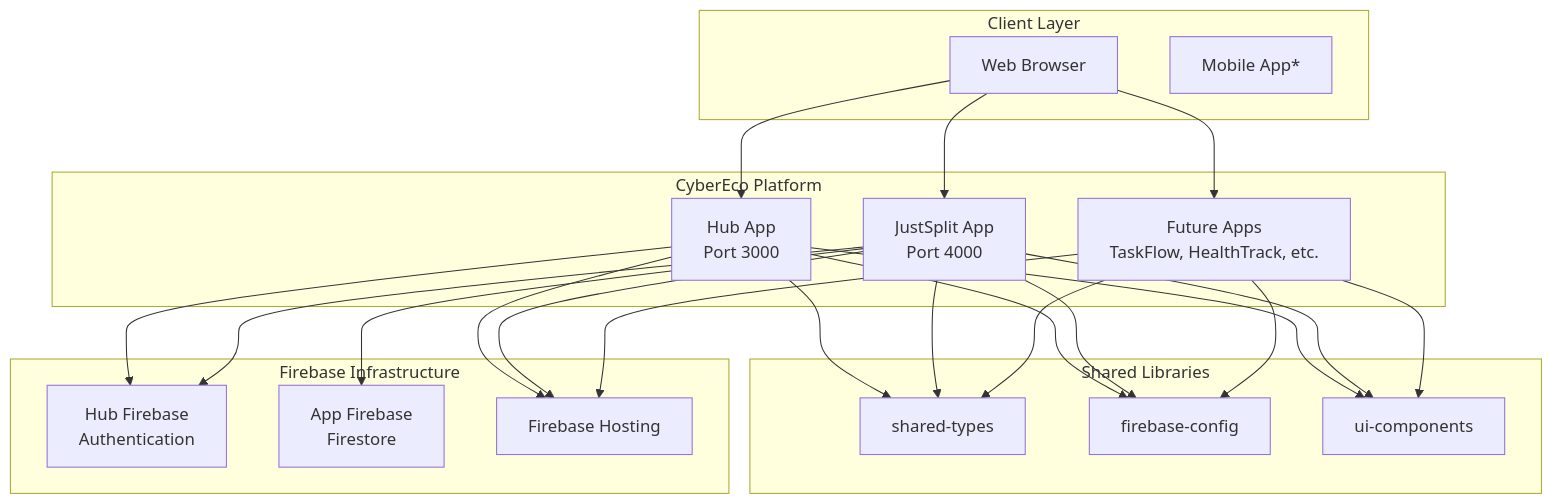
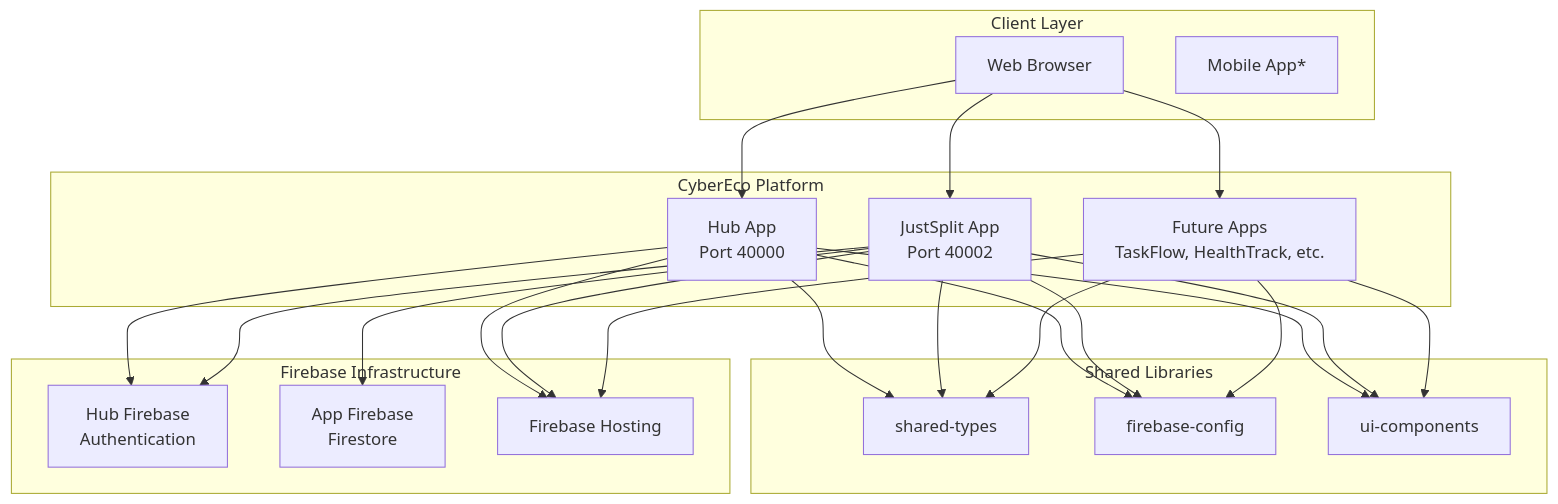
Before and after one commit to cyber-eco/cybereco-monorepo: the first of 3 diagrams in docs/architecture/overview.md, drawn with Mermaid. The commit also changed 151 other files, not shown here.

````diff
--- a/docs/architecture/overview.md
+++ b/docs/architecture/overview.md
@@ -40,49 +40,49 @@
 ```mermaid
 graph TB
     subgraph "Client Layer"
         Web[Web Browser]
         Mobile[Mobile App*]
     end
     
     subgraph "CyberEco Platform"
-        Hub[Hub App<br/>Port 3000]
-        JustSplit[JustSplit App<br/>Port 4000]
+        Hub[Hub App<br/>Port 40000]
+        JustSplit[JustSplit App<br/>Port 40002]
         Future[Future Apps<br/>TaskFlow, HealthTrack, etc.]
     end
     
     subgraph "Shared Libraries"
         Types[shared-types]
         Firebase[firebase-config]
         UI[ui-components]
     end
     
     subgraph "Firebase Infrastructure"
         HubAuth[Hub Firebase<br/>Authentication]
         AppDB[App Firebase<br/>Firestore]
         Hosting[Firebase Hosting]
     end
     
     Web --> Hub
     Web --> JustSplit
     Web --> Future
     
     Hub --> Types
     JustSplit --> Types
     Future --> Types
     
     Hub --> Firebase
     JustSplit --> Firebase
     Future --> Firebase
     
     Hub --> UI
     JustSplit --> UI
     Future --> UI
     
     Hub --> HubAuth
     JustSplit --> HubAuth
     JustSplit --> AppDB
     
     Hub --> Hosting
     JustSplit --> Hosting
     Future --> Hosting
 ```
````
